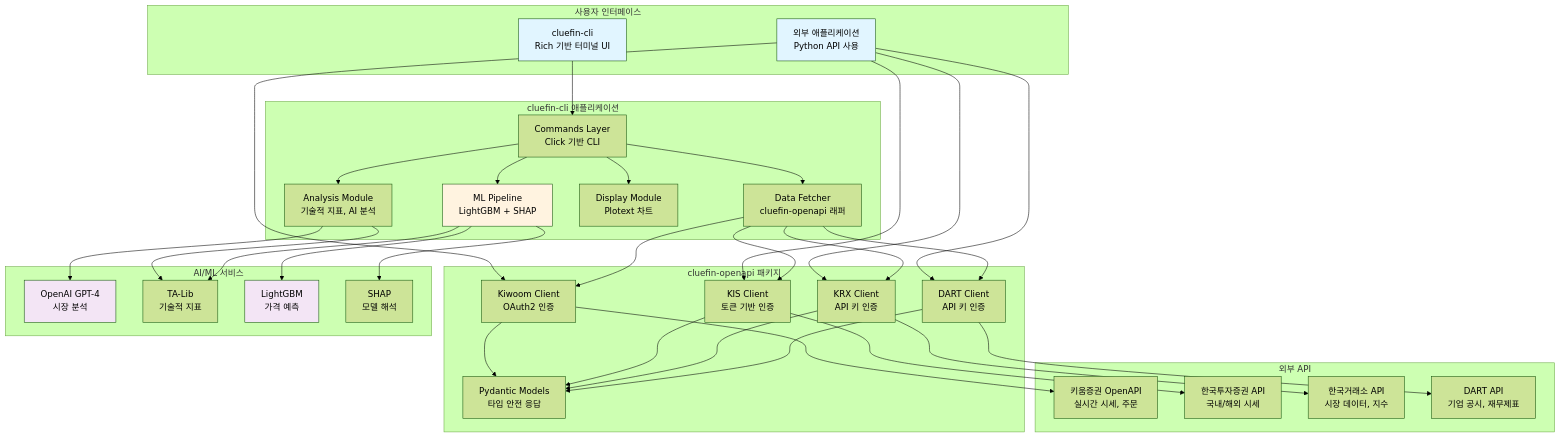
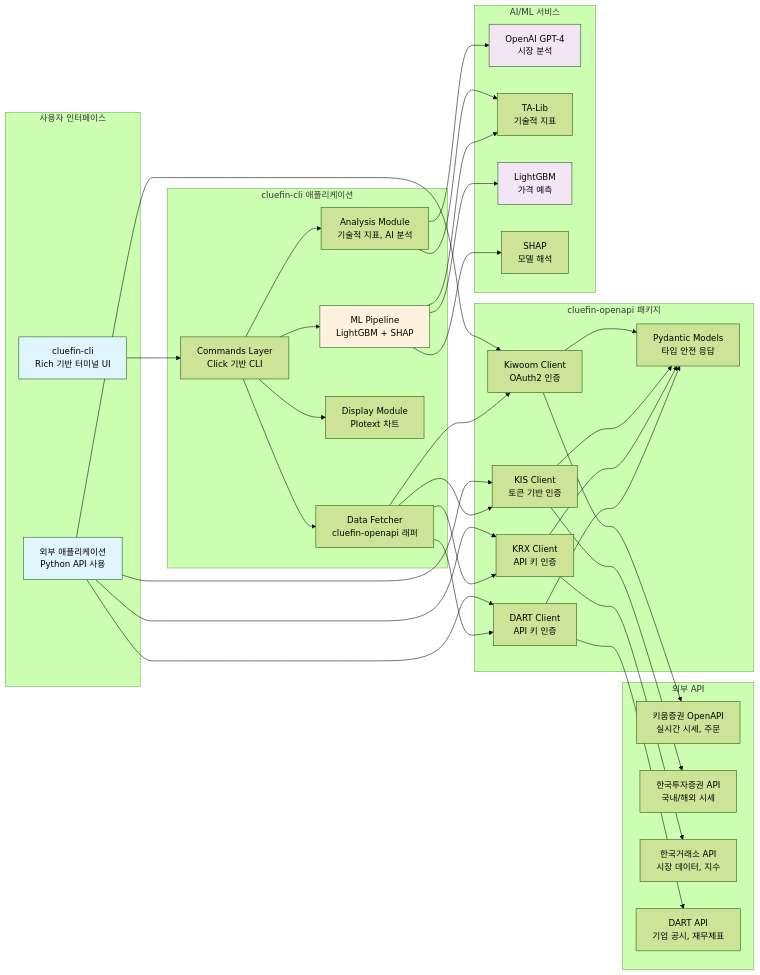
One commit to gyuha/investment-open-source-analysis changed the first of 4 diagrams in report/cluefin/report-claude-code-sonnet.md. Above: the diagram before and after it, drawn with Mermaid (forest theme). The commit also changed other lines of this file and 2 other files, not shown here.

Commit message:
Mermaid 다이어그램 방향을 수정하여 가독성 향상

````diff
--- a/report/cluefin/report-claude-code-sonnet.md
+++ b/report/cluefin/report-claude-code-sonnet.md
@@ -174,75 +174,75 @@
 ```mermaid
-graph TB
+graph LR
     subgraph "사용자 인터페이스"
         CLI[cluefin-cli<br/>Rich 기반 터미널 UI]
         API_USER[외부 애플리케이션<br/>Python API 사용]
     end
 
     subgraph "cluefin-cli 애플리케이션"
         CMD[Commands Layer<br/>Click 기반 CLI]
         ANALYSIS[Analysis Module<br/>기술적 지표, AI 분석]
         ML[ML Pipeline<br/>LightGBM + SHAP]
         DISPLAY[Display Module<br/>Plotext 차트]
         DATA_FETCH[Data Fetcher<br/>cluefin-openapi 래퍼]
     end
 
     subgraph "cluefin-openapi 패키지"
         KIWOOM[Kiwoom Client<br/>OAuth2 인증]
         KIS[KIS Client<br/>토큰 기반 인증]
         KRX[KRX Client<br/>API 키 인증]
         DART[DART Client<br/>API 키 인증]
         MODELS[Pydantic Models<br/>타입 안전 응답]
     end
 
     subgraph "외부 API"
         KIWOOM_API[키움증권 OpenAPI<br/>실시간 시세, 주문]
         KIS_API[한국투자증권 API<br/>국내/해외 시세]
         KRX_API[한국거래소 API<br/>시장 데이터, 지수]
         DART_API[DART API<br/>기업 공시, 재무제표]
     end
 
     subgraph "AI/ML 서비스"
         OPENAI[OpenAI GPT-4<br/>시장 분석]
         TALIB[TA-Lib<br/>기술적 지표]
         LGBM[LightGBM<br/>가격 예측]
         SHAP_LIB[SHAP<br/>모델 해석]
     end
 
     CLI --> CMD
     API_USER --> KIWOOM
     API_USER --> KIS
     API_USER --> KRX
     API_USER --> DART
 
     CMD --> ANALYSIS
     CMD --> ML
     CMD --> DISPLAY
     CMD --> DATA_FETCH
 
     ANALYSIS --> TALIB
     ANALYSIS --> OPENAI
     ML --> LGBM
     ML --> SHAP_LIB
     ML --> TALIB
 
     DATA_FETCH --> KIWOOM
     DATA_FETCH --> KIS
     DATA_FETCH --> KRX
     DATA_FETCH --> DART
 
     KIWOOM --> MODELS
     KIS --> MODELS
     KRX --> MODELS
     DART --> MODELS
 
     KIWOOM --> KIWOOM_API
     KIS --> KIS_API
     KRX --> KRX_API
     DART --> DART_API
 
     style CLI fill:#e1f5ff
     style API_USER fill:#e1f5ff
     style ML fill:#fff3e0
     style OPENAI fill:#f3e5f5
     style LGBM fill:#f3e5f5
 ```
````
